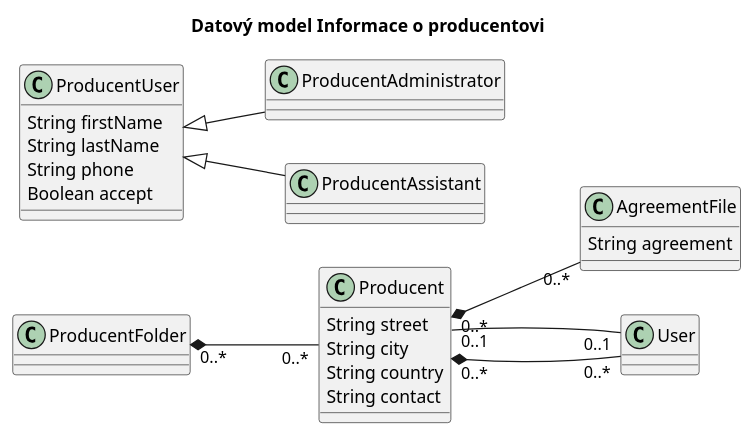
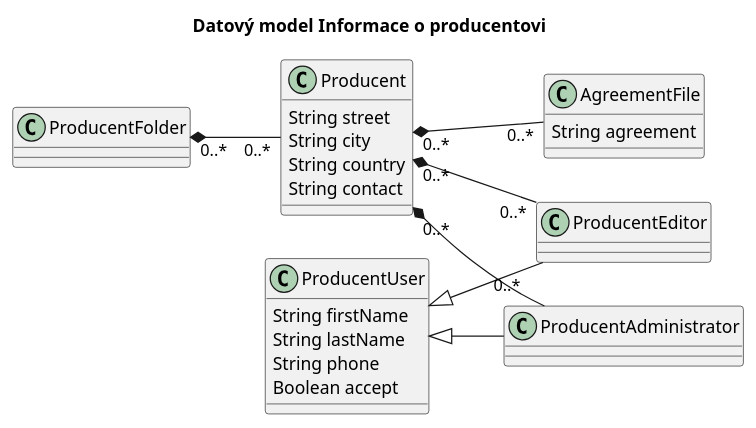
One commit to edeposit/edeposit changed the diagram in docs/dm03.plantuml. Above: the diagram before and after it, drawn with PlantUML. The commit also changed 8 other files, not shown here.

```diff
--- a/docs/dm03.plantuml
+++ b/docs/dm03.plantuml
@@ -1,41 +1,41 @@
 @startuml
 left to right direction
 title Datový model Informace o producentovi
 
 class AgreementFile {
       String agreement
 }
 
 class ProducentUser {
       String firstName
       String lastName
       String phone
       Boolean accept
 }
 
 class Producent {
       String street
       String city
       String country
       String contact
 }
 
 class ProducentFolder {
 }
 
 class ProducentAdministrator {
 }
 
-class ProducentAssistant {
+class ProducentEditor {
 }
 
 ProducentUser <|-- ProducentAdministrator
-ProducentUser <|-- ProducentAssistant
+ProducentUser <|-- ProducentEditor
 
 
 Producent "0..*" *-- "0..*" AgreementFile
-Producent "0..*" *-- "0..*" User
-User "0..1" -- "0..1" Producent
+Producent "0..*" *-- "0..*" ProducentAdministrator
+Producent "0..*" *-- "0..*" ProducentEditor
 ProducentFolder "0..*" *-- "0..*" Producent
 
 @enduml
```
